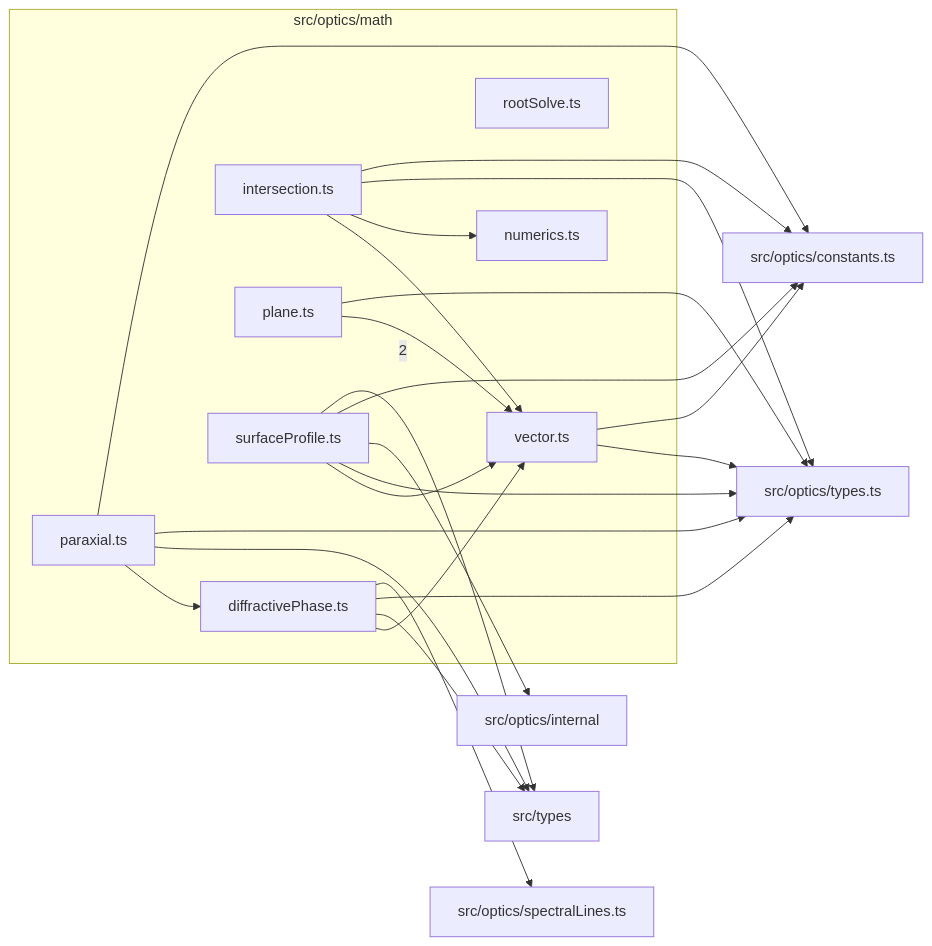
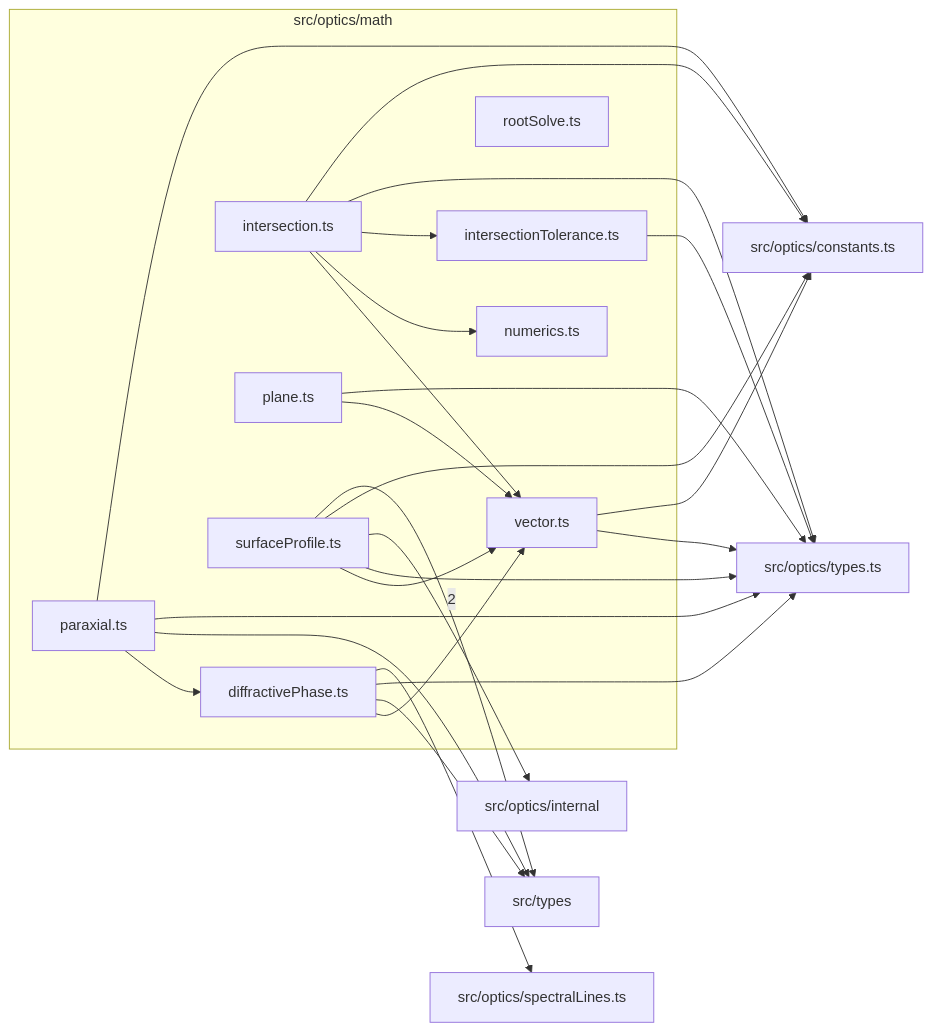
One commit to ronbuening/LensVisualizer changed the diagram in src/optics/math/readme.md. Above: the diagram before and after it, drawn with Mermaid. The commit also changed other lines of this file and 24 other files, not shown here.

First line of the commit message:
Tighten intersection tolerance to 1e-12 mm and correct Vivitar stop placement (#774)

````diff
--- a/src/optics/math/readme.md
+++ b/src/optics/math/readme.md
@@ -9,39 +9,42 @@
 ```mermaid
 flowchart LR
   subgraph n_src_optics_math["src/optics/math"]
     n_src_optics_math_src_optics_math_diffractivePhase_ts["diffractivePhase.ts"]
     n_src_optics_math_src_optics_math_intersection_ts["intersection.ts"]
+    n_src_optics_math_src_optics_math_intersectionTolerance_ts["intersectionTolerance.ts"]
     n_src_optics_math_src_optics_math_numerics_ts["numerics.ts"]
     n_src_optics_math_src_optics_math_paraxial_ts["paraxial.ts"]
     n_src_optics_math_src_optics_math_plane_ts["plane.ts"]
     n_src_optics_math_src_optics_math_rootSolve_ts["rootSolve.ts"]
     n_src_optics_math_src_optics_math_surfaceProfile_ts["surfaceProfile.ts"]
     n_src_optics_math_src_optics_math_vector_ts["vector.ts"]
   end
   n_external_src_types["src/types"]
   n_external_src_optics_constants_ts["src/optics/constants.ts"]
   n_external_src_optics_internal["src/optics/internal"]
   n_external_src_optics_spectralLines_ts["src/optics/spectralLines.ts"]
   n_external_src_optics_types_ts["src/optics/types.ts"]
   n_src_optics_math_src_optics_math_surfaceProfile_ts --> |2| n_external_src_types
   n_src_optics_math_src_optics_math_intersection_ts --> n_external_src_optics_constants_ts
   n_src_optics_math_src_optics_math_paraxial_ts --> n_external_src_optics_constants_ts
   n_src_optics_math_src_optics_math_surfaceProfile_ts --> n_external_src_optics_constants_ts
   n_src_optics_math_src_optics_math_vector_ts --> n_external_src_optics_constants_ts
   n_src_optics_math_src_optics_math_surfaceProfile_ts --> n_external_src_optics_internal
   n_src_optics_math_src_optics_math_diffractivePhase_ts --> n_external_src_optics_spectralLines_ts
   n_src_optics_math_src_optics_math_diffractivePhase_ts --> n_external_src_optics_types_ts
   n_src_optics_math_src_optics_math_intersection_ts --> n_external_src_optics_types_ts
+  n_src_optics_math_src_optics_math_intersectionTolerance_ts --> n_external_src_optics_types_ts
   n_src_optics_math_src_optics_math_paraxial_ts --> n_external_src_optics_types_ts
   n_src_optics_math_src_optics_math_plane_ts --> n_external_src_optics_types_ts
   n_src_optics_math_src_optics_math_surfaceProfile_ts --> n_external_src_optics_types_ts
   n_src_optics_math_src_optics_math_vector_ts --> n_external_src_optics_types_ts
   n_src_optics_math_src_optics_math_diffractivePhase_ts --> n_external_src_types
   n_src_optics_math_src_optics_math_paraxial_ts --> n_external_src_types
   n_src_optics_math_src_optics_math_paraxial_ts --> n_src_optics_math_src_optics_math_diffractivePhase_ts
+  n_src_optics_math_src_optics_math_intersection_ts --> n_src_optics_math_src_optics_math_intersectionTolerance_ts
   n_src_optics_math_src_optics_math_intersection_ts --> n_src_optics_math_src_optics_math_numerics_ts
   n_src_optics_math_src_optics_math_diffractivePhase_ts --> n_src_optics_math_src_optics_math_vector_ts
   n_src_optics_math_src_optics_math_intersection_ts --> n_src_optics_math_src_optics_math_vector_ts
   n_src_optics_math_src_optics_math_plane_ts --> n_src_optics_math_src_optics_math_vector_ts
   n_src_optics_math_src_optics_math_surfaceProfile_ts --> n_src_optics_math_src_optics_math_vector_ts
 ```
````
